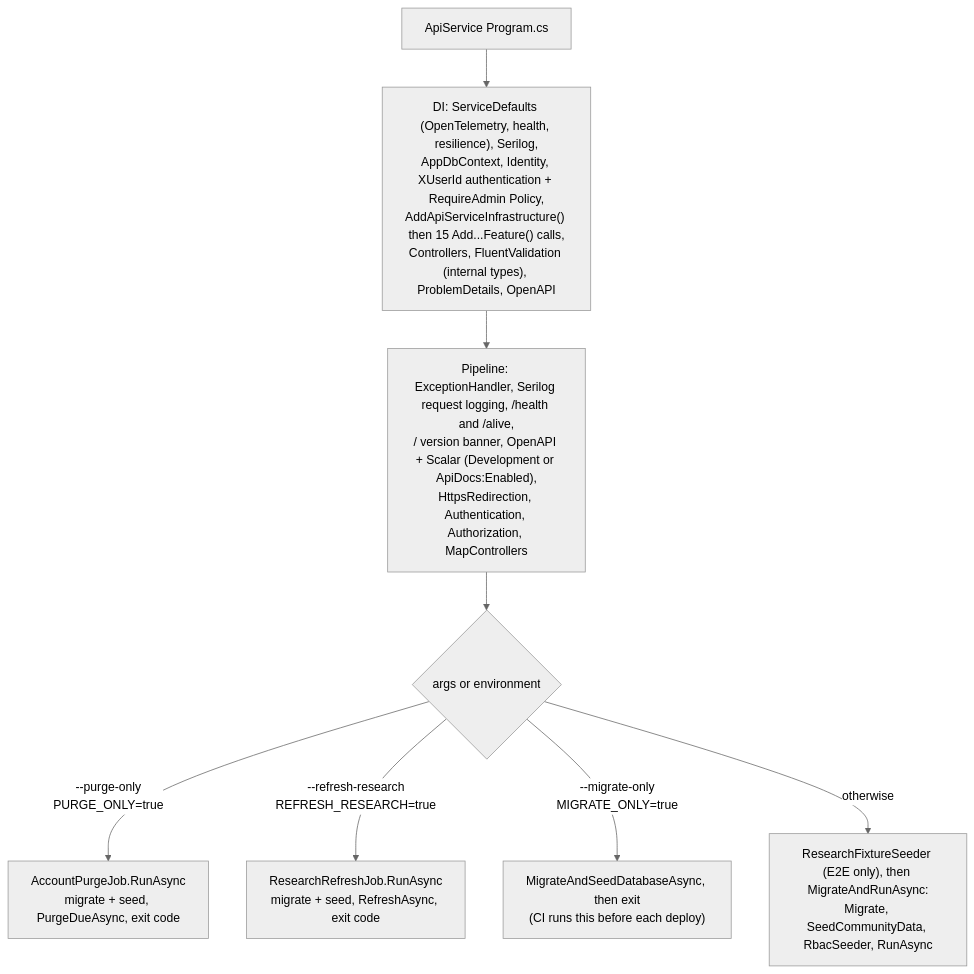
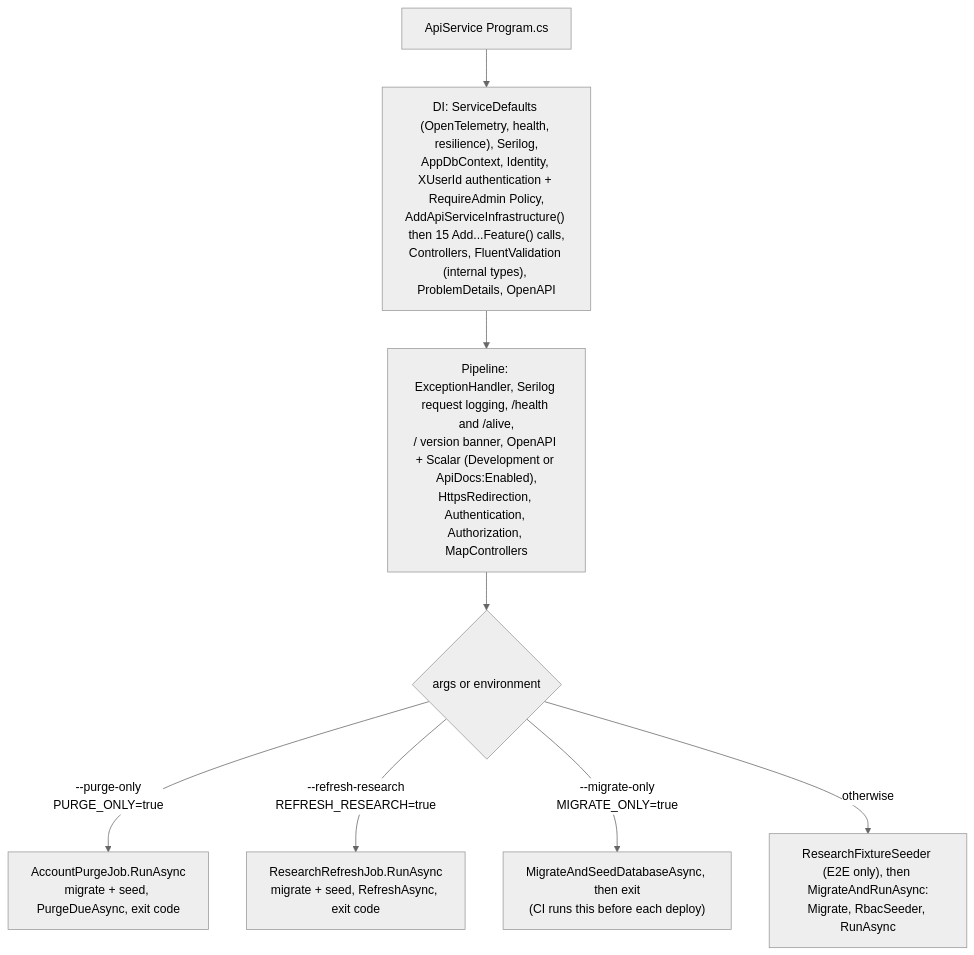
One commit to tngo0508/PersonalFinance changed diagram 20 of 26 in docs/DIAGRAMS.md. Above: the diagram before and after it, drawn with Mermaid (neutral theme). The commit also changed other lines of this file and 27 other files, not shown here.

````diff
--- a/docs/DIAGRAMS.md
+++ b/docs/DIAGRAMS.md
@@ -1192,10 +1190,10 @@
 ```mermaid
 flowchart TB
     start["ApiService Program.cs"] --> di["DI: ServiceDefaults (OpenTelemetry, health, resilience), Serilog,<br/>AppDbContext, Identity, XUserId authentication + RequireAdmin Policy,<br/>AddApiServiceInfrastructure() then 15 Add...Feature() calls,<br/>Controllers, FluentValidation (internal types), ProblemDetails, OpenAPI"]
     di --> pipe["Pipeline: ExceptionHandler, Serilog request logging, /health and /alive,<br/>/ version banner, OpenAPI + Scalar (Development or ApiDocs:Enabled),<br/>HttpsRedirection, Authentication, Authorization, MapControllers"]
     pipe --> mode{"args or environment"}
     mode -- "--purge-only<br/>PURGE_ONLY=true" --> purge["AccountPurgeJob.RunAsync<br/>migrate + seed, PurgeDueAsync, exit code"]
     mode -- "--refresh-research<br/>REFRESH_RESEARCH=true" --> research["ResearchRefreshJob.RunAsync<br/>migrate + seed, RefreshAsync, exit code"]
     mode -- "--migrate-only<br/>MIGRATE_ONLY=true" --> migrate["MigrateAndSeedDatabaseAsync, then exit<br/>(CI runs this before each deploy)"]
-    mode -- "otherwise" --> run["ResearchFixtureSeeder (E2E only), then MigrateAndRunAsync:<br/>Migrate, SeedCommunityData, RbacSeeder, RunAsync"]
+    mode -- "otherwise" --> run["ResearchFixtureSeeder (E2E only), then MigrateAndRunAsync:<br/>Migrate, RbacSeeder, RunAsync"]
 ```
````
